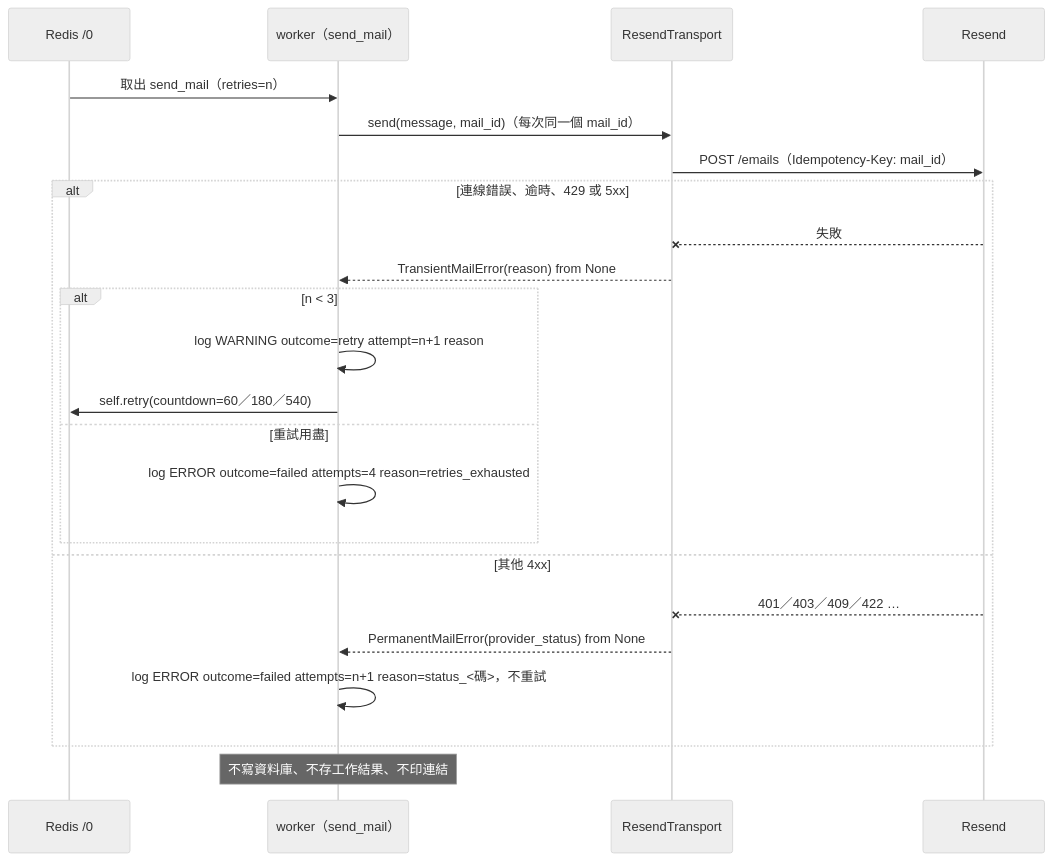
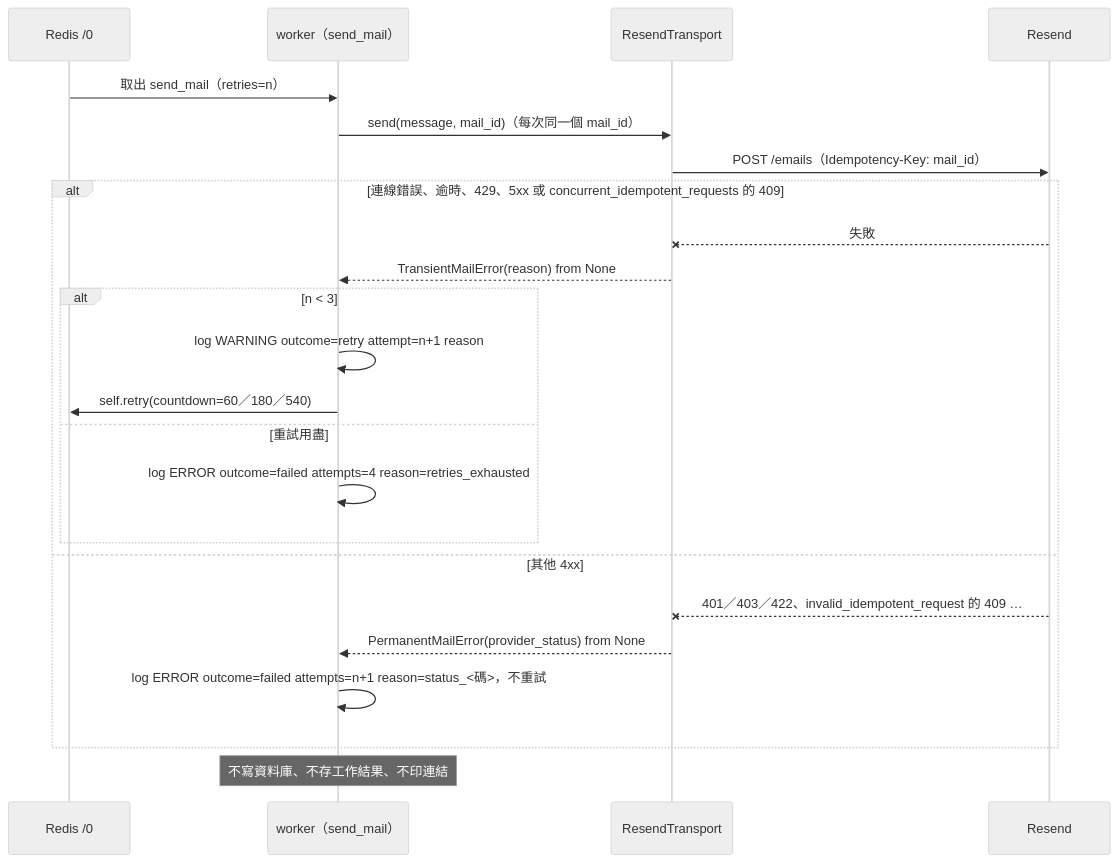
Diagram 11 of 12 in docs/diagrams/architecture/backend-modules.mdx (label-suite/label-suite), drawn with Mermaid (neutral theme) before and after one commit. The commit also changed other lines of this file and 16 other files, not shown here.

````diff
--- a/docs/diagrams/architecture/backend-modules.mdx
+++ b/docs/diagrams/architecture/backend-modules.mdx
@@ -1047,25 +1047,25 @@
 ```mermaid
 sequenceDiagram
   participant BR as Redis /0
   participant WK as worker（send_mail）
   participant TR as ResendTransport
   participant RS as Resend
   BR->>WK: 取出 send_mail（retries=n）
   WK->>TR: send(message, mail_id)（每次同一個 mail_id）
   TR->>RS: POST /emails（Idempotency-Key: mail_id）
-  alt 連線錯誤、逾時、429 或 5xx
+  alt 連線錯誤、逾時、429、5xx 或 concurrent_idempotent_requests 的 409
     RS--xTR: 失敗
     TR-->>WK: TransientMailError(reason) from None
     alt n < 3
       WK->>WK: log WARNING outcome=retry attempt=n+1 reason
       WK->>BR: self.retry(countdown=60／180／540)
     else 重試用盡
       WK->>WK: log ERROR outcome=failed attempts=4 reason=retries_exhausted
     end
   else 其他 4xx
-    RS--xTR: 401／403／409／422 …
+    RS--xTR: 401／403／422、invalid_idempotent_request 的 409 …
     TR-->>WK: PermanentMailError(provider_status) from None
     WK->>WK: log ERROR outcome=failed attempts=n+1 reason=status_<碼>，不重試
   end
   Note over WK: 不寫資料庫、不存工作結果、不印連結
 ```
````
